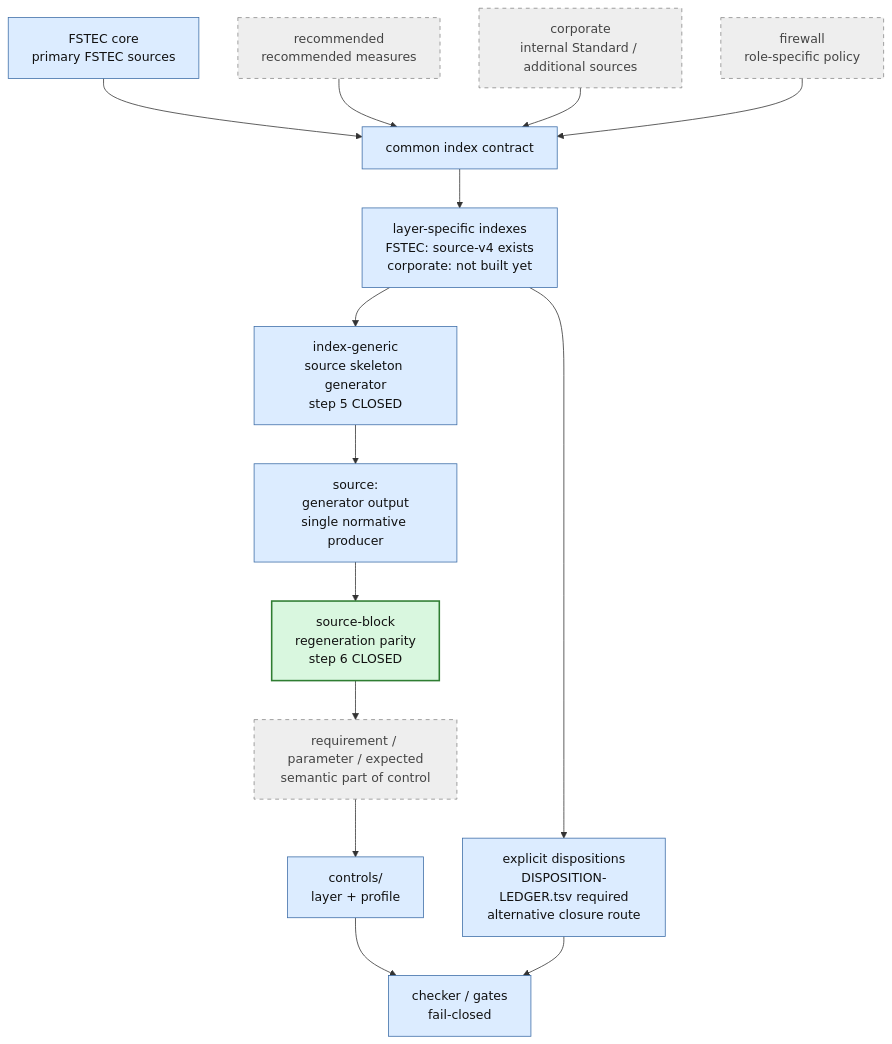
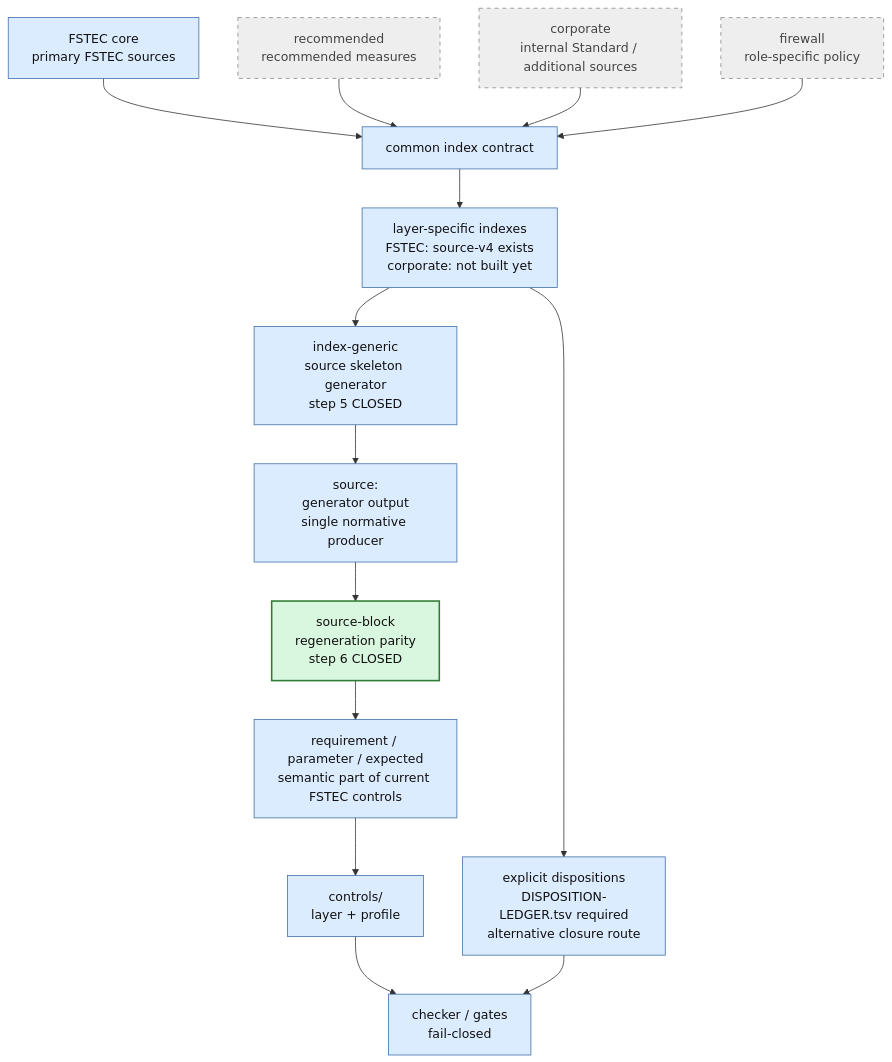
The second of 6 diagrams in docs/PROJECT-MAP-v3.md (rasav65/SecureLinux-Policy), drawn with Mermaid before and after one commit. The commit also changed other lines of this file and 11 other files, not shown here.

````diff
--- a/docs/PROJECT-MAP-v3.md
+++ b/docs/PROJECT-MAP-v3.md
@@ -165,28 +165,28 @@
 ```mermaid
 flowchart TB
     FSTEC["FSTEC core<br/>primary FSTEC sources"]:::component
     RECOMMENDED["recommended<br/>recommended measures"]:::future
     CORPORATE["corporate<br/>internal Standard / additional sources"]:::future
     FIREWALL["firewall<br/>role-specific policy"]:::future
 
     FSTEC --> CONTRACT["common index contract"]:::component
     RECOMMENDED --> CONTRACT
     CORPORATE --> CONTRACT
     FIREWALL --> CONTRACT
 
     CONTRACT --> INDEXES["layer-specific indexes<br/>FSTEC: source-v4 exists<br/>corporate: not built yet"]:::component
     INDEXES --> GENERATOR["index-generic<br/>source skeleton generator<br/>step 5 CLOSED"]:::component
     GENERATOR --> SOURCE["source:<br/>generator output<br/>single normative producer"]:::component
     SOURCE --> PARITY["source-block<br/>regeneration parity<br/>step 6 CLOSED"]:::closed
-    PARITY --> SEM["requirement / parameter / expected<br/>semantic part of control"]:::future
+    PARITY --> SEM["requirement / parameter / expected<br/>semantic part of current FSTEC controls"]:::component
     SEM --> CONTROLS["controls/<br/>layer + profile"]:::component
     CONTROLS --> CHECKER["checker / gates<br/>fail-closed"]:::component
 
     DISP2["explicit dispositions<br/>DISPOSITION-LEDGER.tsv required<br/>alternative closure route"]:::component
     INDEXES --> DISP2
     DISP2 --> CHECKER
 
     classDef closed fill:#d9f7df,stroke:#2f7d32,color:#111,stroke-width:2px;
     classDef component fill:#dcecff,stroke:#3e6ea8,color:#111;
     classDef future fill:#eeeeee,stroke:#888,color:#444,stroke-dasharray: 5 5;
 ```
````
